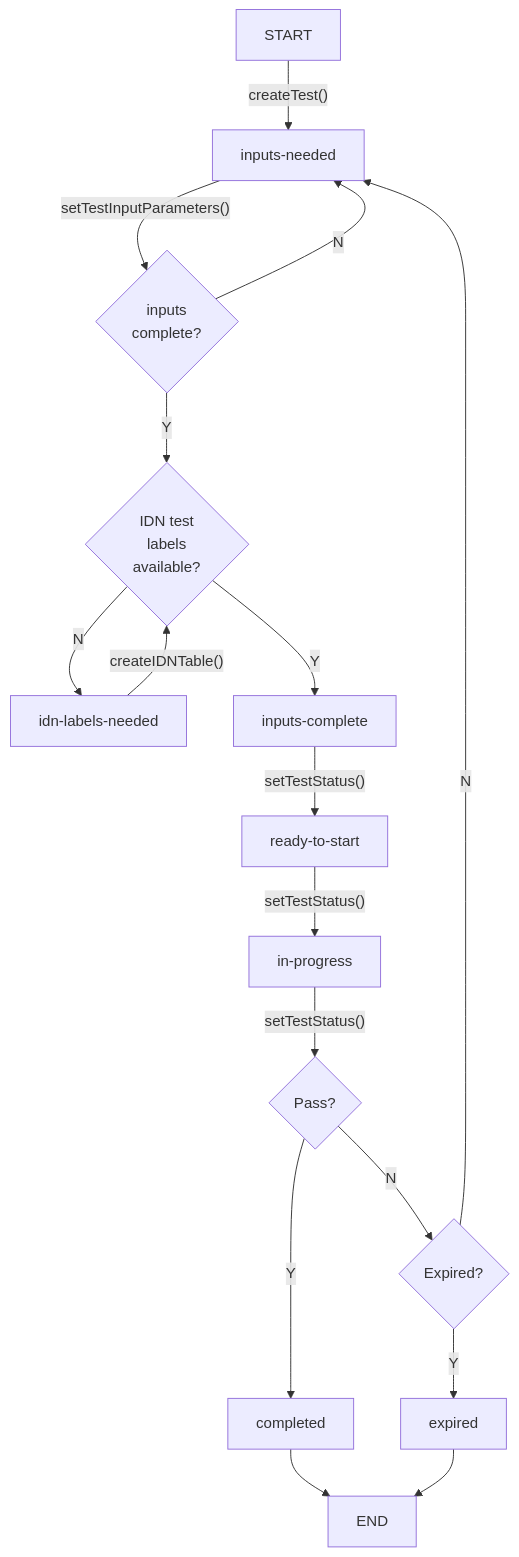
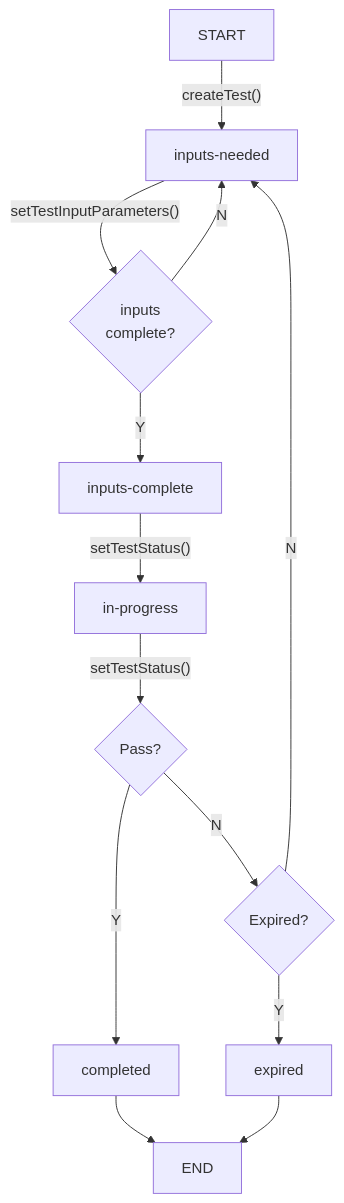
Before and after one commit to icann/rst-api-spec: the diagram in etc/test-object-state-machine.mmd, drawn with Mermaid. The commit also changed 1 other file, not shown here.

```diff
--- a/etc/test-object-state-machine.mmd
+++ b/etc/test-object-state-machine.mmd
@@ -1,17 +1,13 @@
 flowchart TD
     START[START] --> |"createTest()"| A
     A[inputs-needed] -->|"setTestInputParameters()"| B{inputs<br>complete?}
     B -->|N| A
-    B -->|Y| C1{IDN test<br>labels<br>available?}
-    C1 -->|N|C2[idn-labels-needed]
-    C2 --> |"createIDNTable()"|C1
-    C1 -->|Y|C[inputs-complete]
-    C -->|"setTestStatus()"| D[ready-to-start]
-    D --> |"setTestStatus()"| E1[in-progress]
+    B -->|Y| C[inputs-complete]
+    C -->|"setTestStatus()"| E1[in-progress]
     E1 --> |"setTestStatus()"| G{Pass?}
     G --> |Y| H[completed]
     G --> |N| I{Expired?}
     I --> |N| A
     I --> |Y| J[expired]
     H --> END
     J --> END
```
